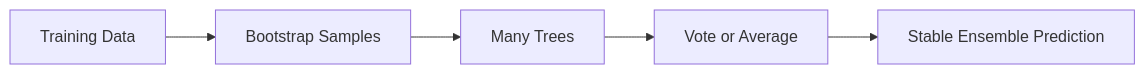
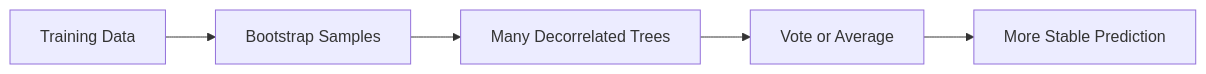
Before and after one commit to sandeepbhardwaj/sandeepbhardwaj.github.io: the diagram in _posts/2026-01-10-random-forest-practical-guide.md, drawn with Mermaid. The commit also changed other lines of this file and 19 other files, not shown here.

````diff
--- a/_posts/2026-01-10-random-forest-practical-guide.md
+++ b/_posts/2026-01-10-random-forest-practical-guide.md
@@ -44,7 +52,7 @@
 ```mermaid
 flowchart LR
     A[Training Data] --> B[Bootstrap Samples]
-    B --> C[Many Trees]
+    B --> C[Many Decorrelated Trees]
     C --> D[Vote or Average]
-    D --> E[Stable Ensemble Prediction]
+    D --> E[More Stable Prediction]
 ```
````
